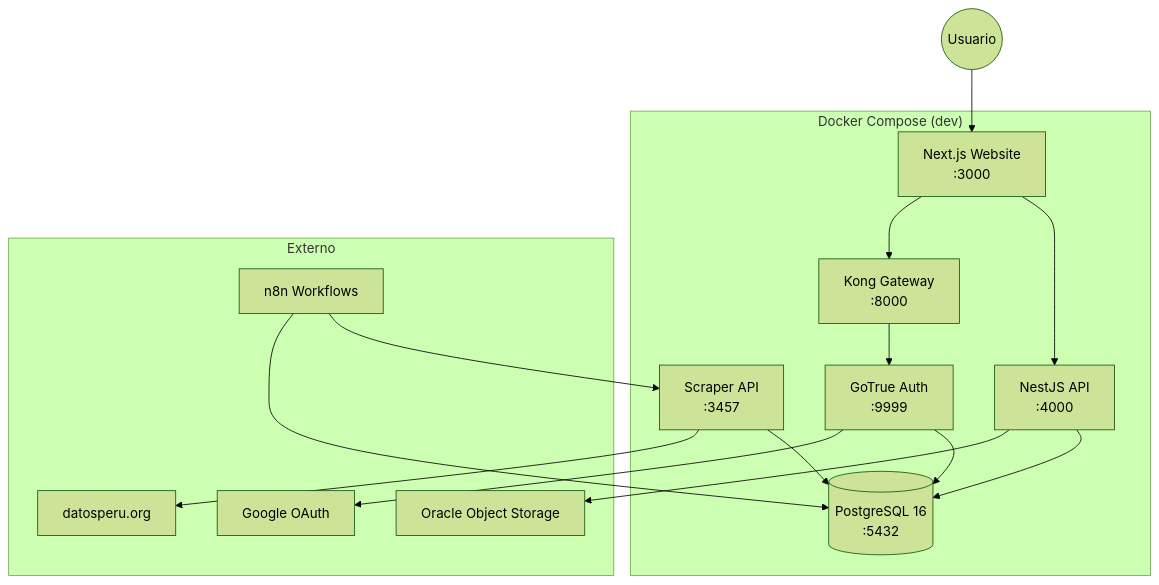
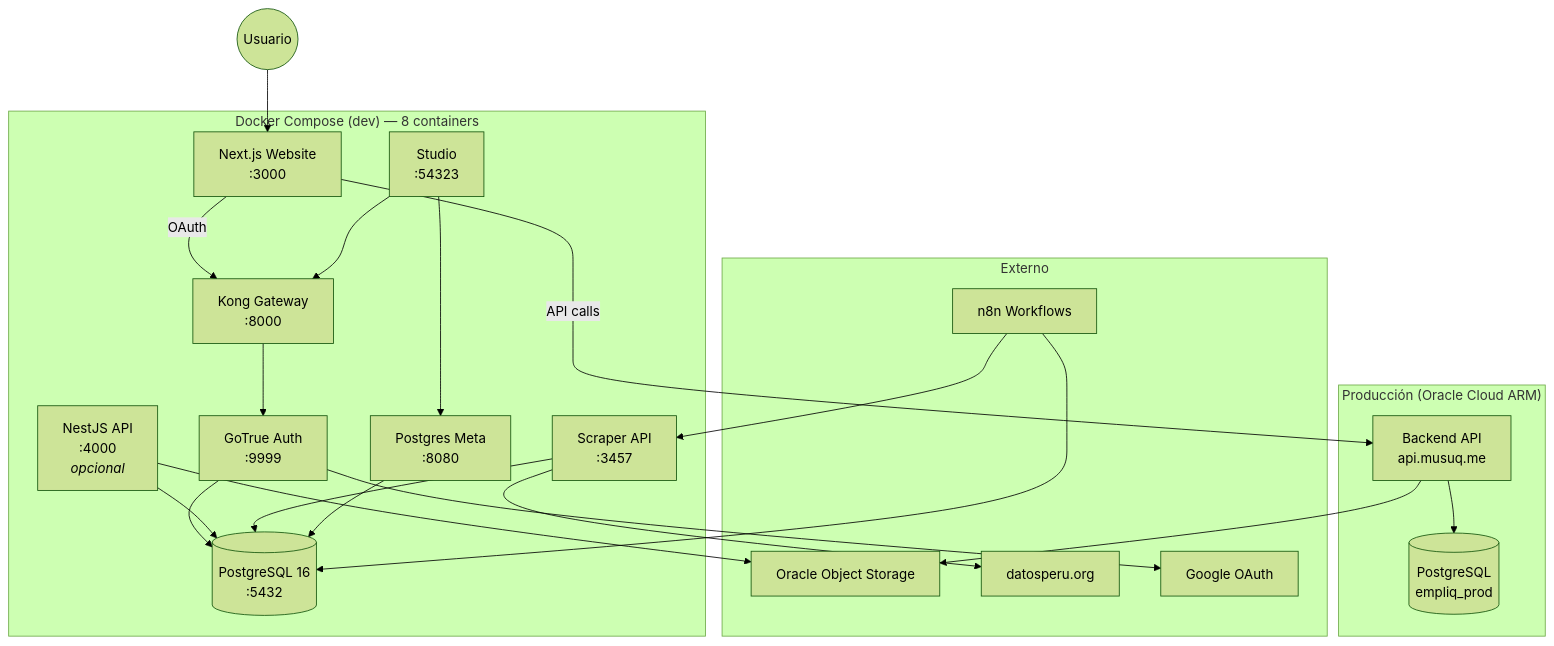
One commit to Mingbling1/CareerWiki changed the first of 6 diagrams in docs/ARCHITECTURE.md. Above: the diagram before and after it, drawn with Mermaid (forest theme). The commit also changed other lines of this file and 89 other files, not shown here.

````diff
--- a/docs/ARCHITECTURE.md
+++ b/docs/ARCHITECTURE.md
@@ -9,32 +11,45 @@
 ```mermaid
 graph TB
-    subgraph "Docker Compose (dev)"
+    subgraph "Docker Compose (dev) — 8 containers"
         PG[(PostgreSQL 16<br/>:5432)]
-        API[NestJS API<br/>:4000]
+        API[NestJS API<br/>:4000<br/><i>opcional</i>]
         WEB[Next.js Website<br/>:3000]
         SCR[Scraper API<br/>:3457]
         KONG[Kong Gateway<br/>:8000]
         AUTH[GoTrue Auth<br/>:9999]
+        META[Postgres Meta<br/>:8080]
+        STUDIO[Studio<br/>:54323]
     end
 
     USER((Usuario)) --> WEB
-    WEB --> API
-    WEB --> KONG
+    WEB -->|API calls| PROD_API
+    WEB -->|OAuth| KONG
     KONG --> AUTH
     AUTH --> PG
     API --> PG
     SCR --> PG
+    META --> PG
+    STUDIO --> META
+    STUDIO --> KONG
+
+    subgraph "Producción (Oracle Cloud ARM)"
+        PROD_API[Backend API<br/>api.musuq.me]
+        PROD_PG[(PostgreSQL<br/>empliq_prod)]
+    end
+
+    PROD_API --> PROD_PG
 
     subgraph "Externo"
         OCI[Oracle Object Storage]
         DP[datosperu.org]
         N8N[n8n Workflows]
         GOOGLE[Google OAuth]
     end
 
     API --> OCI
+    PROD_API --> OCI
     SCR --> DP
     N8N --> SCR
     N8N --> PG
     AUTH --> GOOGLE
 ```
````
